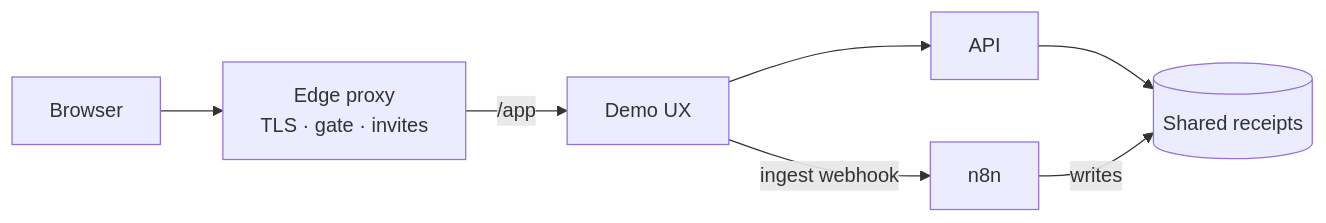
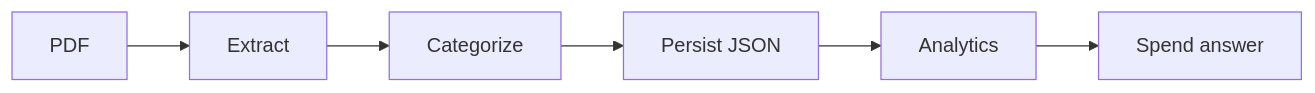
One commit to RoxanaTapia/receipt-intelligence-demo changed the diagram in README.md. Above: the diagram before and after it, drawn with Mermaid. The commit also changed other lines of this file and 4 other files, not shown here.

````diff
--- a/README.md
+++ b/README.md
@@ -21,16 +28,8 @@
 ```mermaid
 flowchart LR
-  browser[Browser]
-  edge[Edge proxy<br/>TLS · gate · invites]
-  ux[Demo UX]
-  api[API]
-  disk[(Shared receipts)]
-  n8n[n8n]
-
-  browser --> edge
-  edge -->|/app| ux
-  ux -->|ingest webhook| n8n
-  ux --> api
-  api --> disk
-  n8n -->|writes| disk
+  A[PDF] --> B[Extract]
+  B --> C[Categorize]
+  C --> D[Persist JSON]
+  D --> E[Analytics]
+  E --> F[Spend answer]
 ```
````
